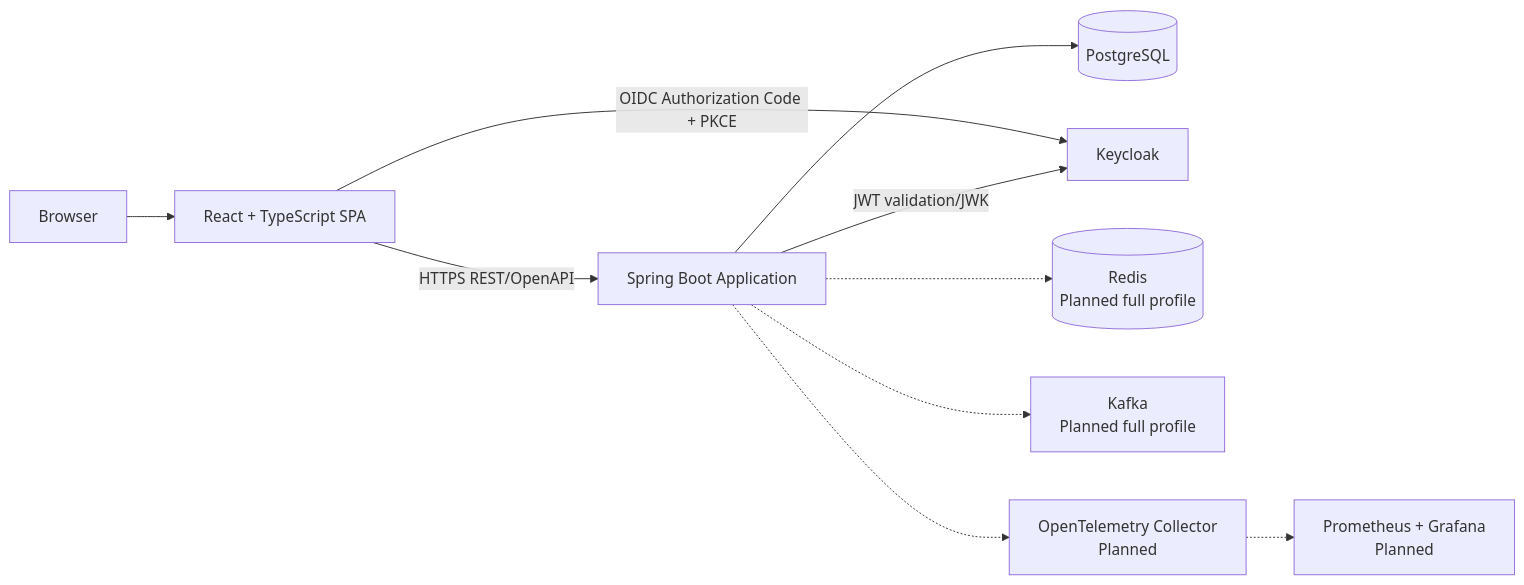
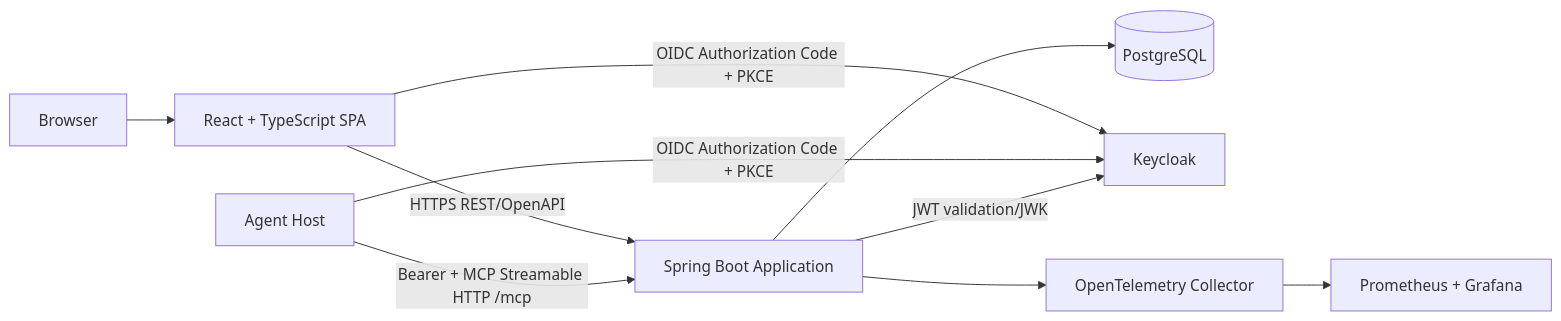
One commit to RomanticHW/cellarbridge-platform changed the second of 3 diagrams in docs/03-architecture/00-architecture-overview.md. Above: the diagram before and after it, drawn with Mermaid. The commit also changed other lines of this file and 23 other files, not shown here.

Commit message:
docs(mcp): publish agent capabilities and operating evidence

````diff
--- a/docs/03-architecture/00-architecture-overview.md
+++ b/docs/03-architecture/00-architecture-overview.md
@@ -47,22 +49,21 @@
 ```mermaid
 flowchart LR
     Browser[Browser]
+    AgentHost[Agent Host]
     Web[React + TypeScript SPA]
     API[Spring Boot Application]
     DB[(PostgreSQL)]
     IAM[Keycloak]
-    Cache[(Redis\nPlanned full profile)]
-    Bus[Kafka\nPlanned full profile]
-    Collector[OpenTelemetry Collector\nPlanned]
-    Metrics[Prometheus + Grafana\nPlanned]
+    Collector[OpenTelemetry Collector]
+    Metrics[Prometheus + Grafana]
 
     Browser --> Web
     Web -->|HTTPS REST/OpenAPI| API
+    AgentHost -->|Bearer + MCP Streamable HTTP /mcp| API
     Web -->|OIDC Authorization Code + PKCE| IAM
+    AgentHost -->|OIDC Authorization Code + PKCE| IAM
     API -->|JWT validation/JWK| IAM
     API --> DB
-    API -.-> Cache
-    API -.-> Bus
-    API -.-> Collector
-    Collector -.-> Metrics
+    API --> Collector
+    Collector --> Metrics
 ```
````
